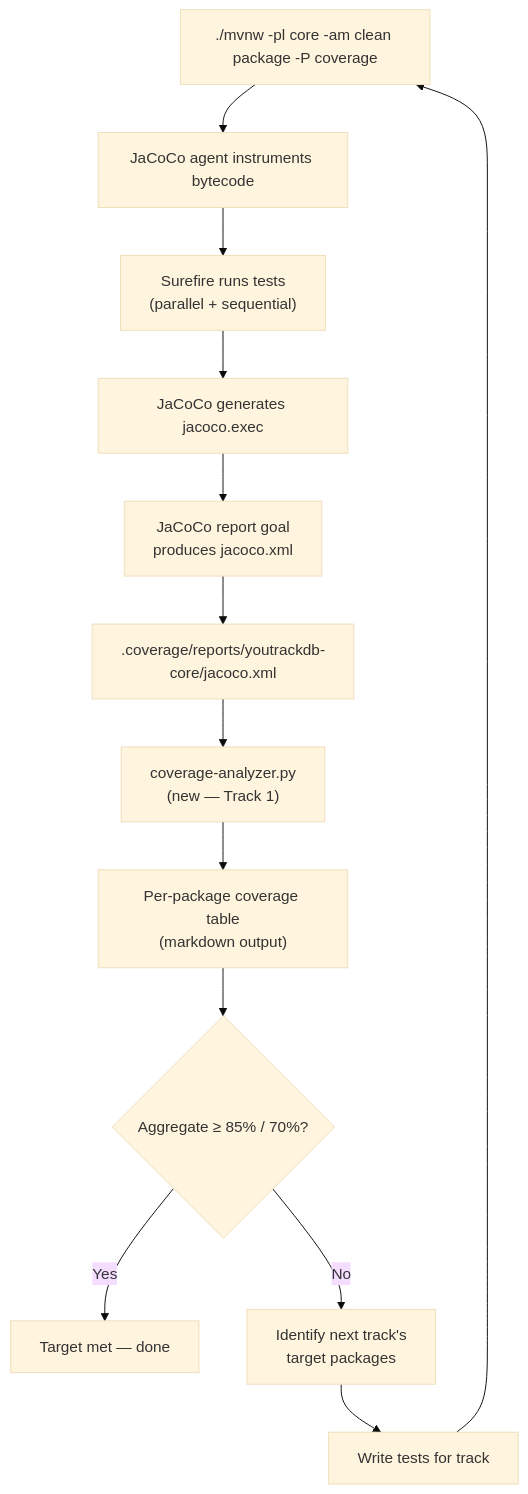
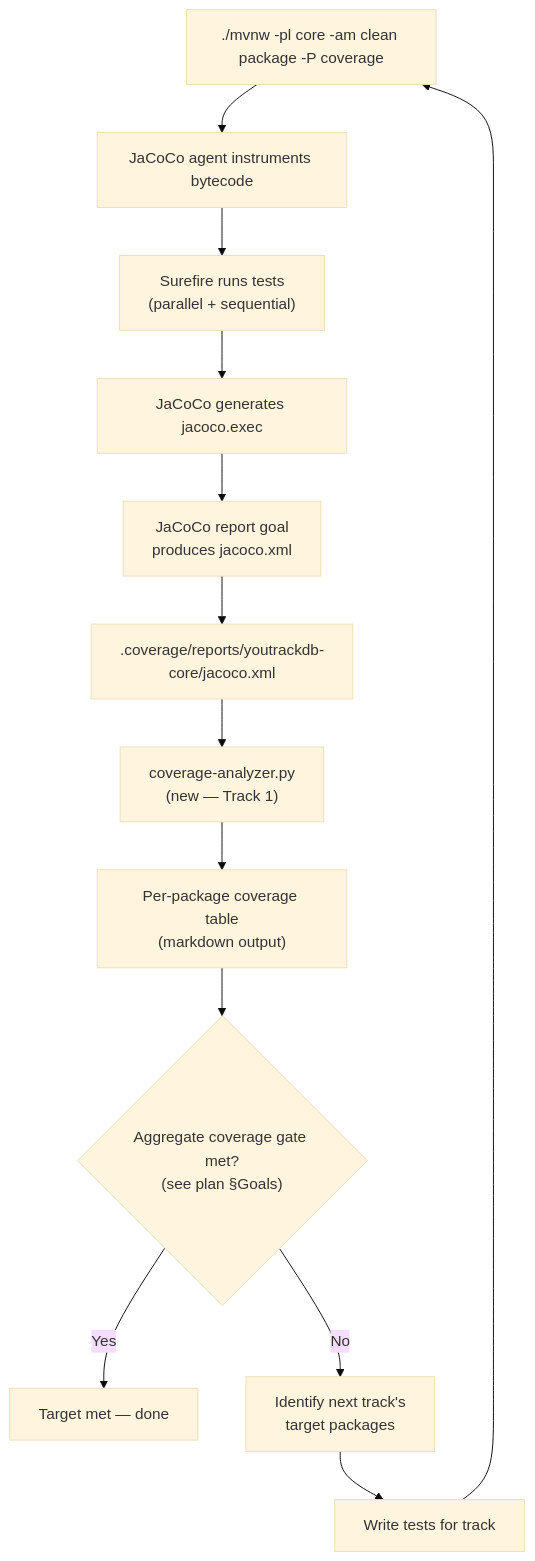
Before and after one commit to JetBrains/youtrackdb: the second of 4 diagrams in docs/adr/unit-test-coverage/_workflow/design.md, drawn with Mermaid (base theme). The commit also changed other lines of this file and 3 other files, not shown here.

First line of the commit message:
Plan review autonomous fixes for unit-test-coverage

````diff
--- a/docs/adr/unit-test-coverage/_workflow/design.md
+++ b/docs/adr/unit-test-coverage/_workflow/design.md
@@ -104,19 +109,19 @@
 ```mermaid
 flowchart TD
     A["./mvnw -pl core -am clean package -P coverage"]
     B["JaCoCo agent instruments bytecode"]
     C["Surefire runs tests\n(parallel + sequential)"]
     D["JaCoCo generates jacoco.exec"]
     E["JaCoCo report goal\nproduces jacoco.xml"]
     F[".coverage/reports/youtrackdb-core/jacoco.xml"]
     G["coverage-analyzer.py\n(new — Track 1)"]
     H["Per-package coverage table\n(markdown output)"]
-    I{"Aggregate ≥ 85% / 70%?"}
+    I{"Aggregate coverage gate met?<br/>(see plan §Goals)"}
     J["Target met — done"]
     K["Identify next track's\ntarget packages"]
     L["Write tests for track"]
 
     A --> B --> C --> D --> E --> F --> G --> H --> I
     I -->|Yes| J
     I -->|No| K --> L --> A
 ```
````
